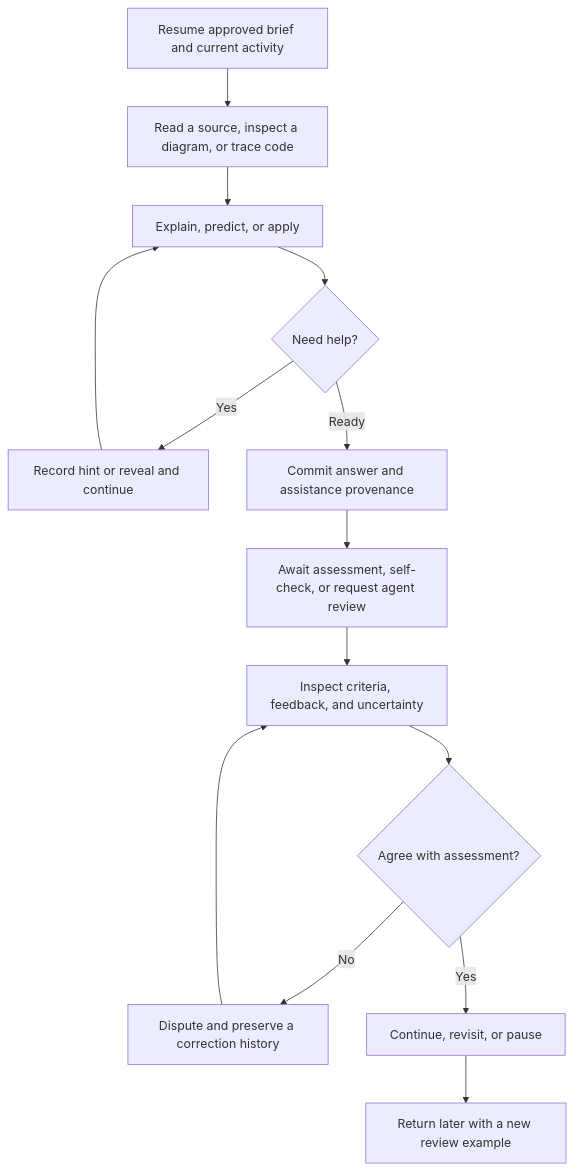
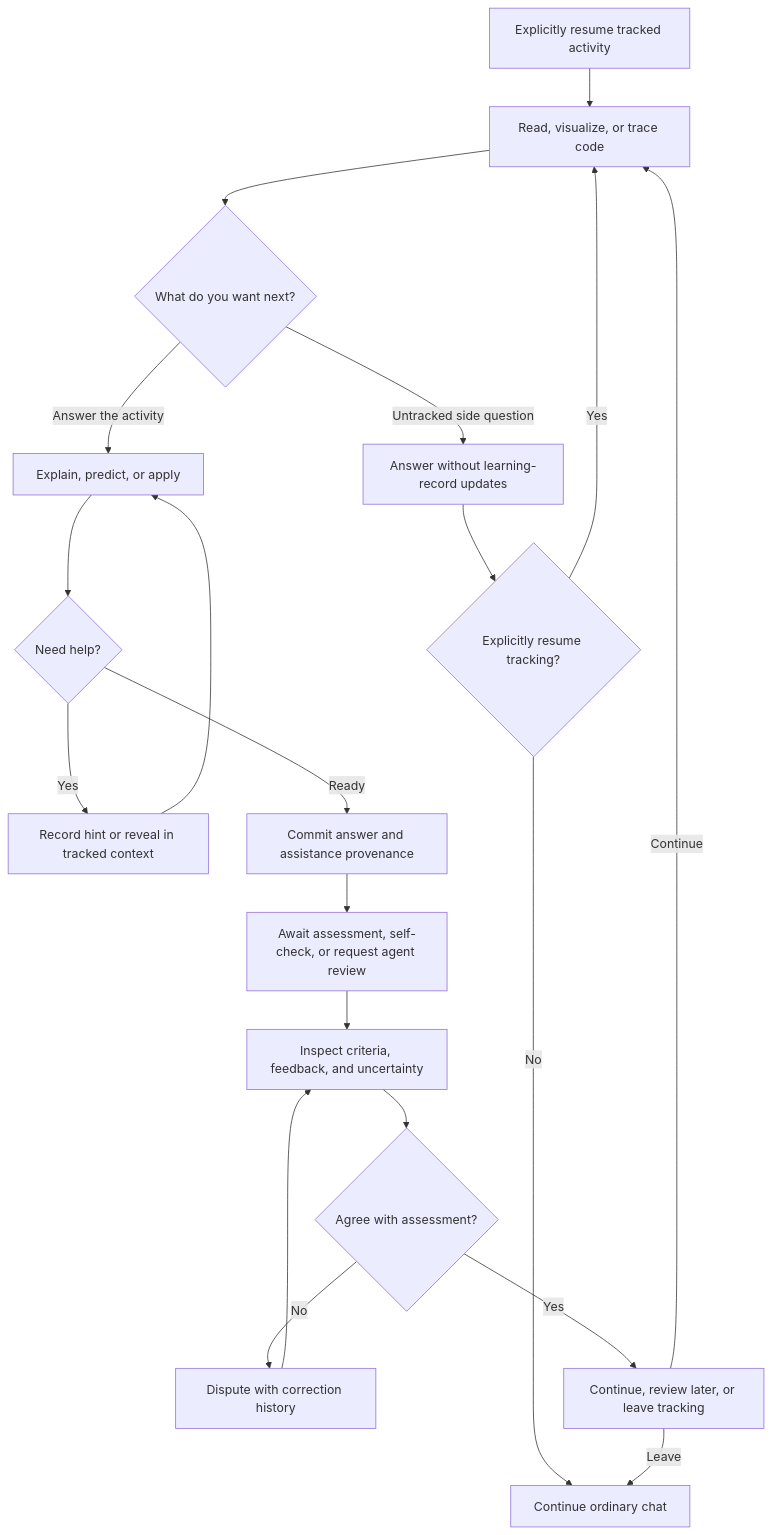
The third of 3 diagrams in docs/user-flows.md (irfansofyana/hermes-learning), drawn with Mermaid before and after one commit. The commit also changed other lines of this file and 6 other files, not shown here.

Commit message:
docs: require explicit opt-in for tracked learning

````diff
--- a/docs/user-flows.md
+++ b/docs/user-flows.md
@@ -30,16 +51,22 @@
 ```mermaid
 flowchart TD
-    A[Resume approved brief and current activity] --> B[Read a source, inspect a diagram, or trace code]
-    B --> C[Explain, predict, or apply]
-    C --> D{Need help?}
-    D -->|Yes| E[Record hint or reveal and continue]
-    E --> C
-    D -->|Ready| F[Commit answer and assistance provenance]
-    F --> G[Await assessment, self-check, or request agent review]
-    G --> H[Inspect criteria, feedback, and uncertainty]
-    H --> I{Agree with assessment?}
-    I -->|No| J[Dispute and preserve a correction history]
-    J --> H
-    I -->|Yes| K[Continue, revisit, or pause]
-    K --> L[Return later with a new review example]
+    A[Explicitly resume tracked activity] --> B[Read, visualize, or trace code]
+    B --> C{What do you want next?}
+    C -->|Answer the activity| D[Explain, predict, or apply]
+    C -->|Untracked side question| E[Answer without learning-record updates]
+    E --> F{Explicitly resume tracking?}
+    F -->|Yes| B
+    F -->|No| G[Continue ordinary chat]
+    D --> H{Need help?}
+    H -->|Yes| I[Record hint or reveal in tracked context]
+    I --> D
+    H -->|Ready| J[Commit answer and assistance provenance]
+    J --> K[Await assessment, self-check, or request agent review]
+    K --> L[Inspect criteria, feedback, and uncertainty]
+    L --> M{Agree with assessment?}
+    M -->|No| N[Dispute with correction history]
+    N --> L
+    M -->|Yes| O[Continue, review later, or leave tracking]
+    O -->|Continue| B
+    O -->|Leave| G
 ```
````
